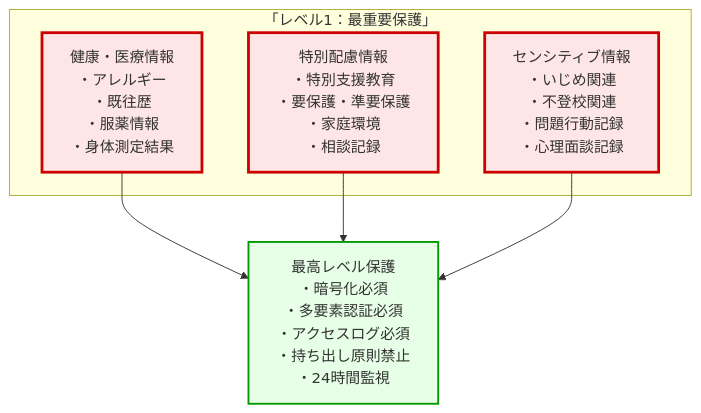
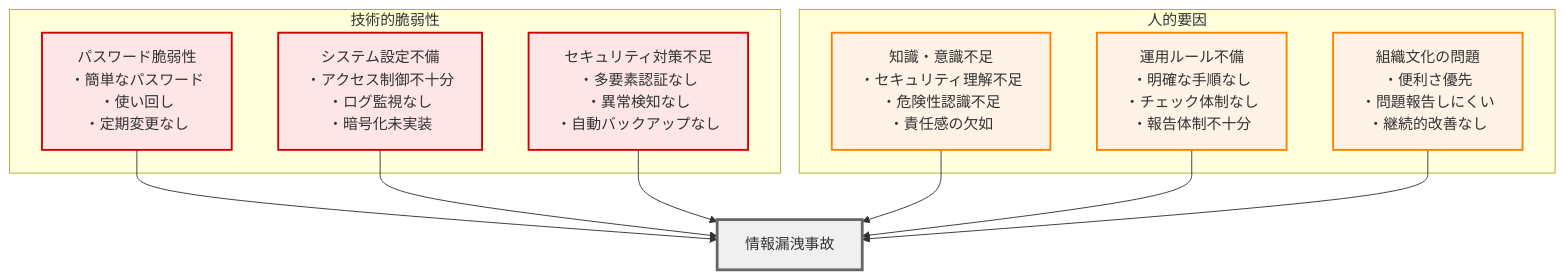
The first of 3 diagrams in books/d87165478af519/chapter12.md (nahisaho/zenn-writing-collection), drawn with Mermaid before and after one commit. The commit also changed other lines of this file and 17 other files, not shown here.

````diff
--- a/books/d87165478af519/chapter12.md
+++ b/books/d87165478af519/chapter12.md
@@ -59,18 +319,29 @@
 ```mermaid
 graph TB
-    subgraph 最重要保護情報[「レベル1：最重要保護」]
-        L1A[健康・医療情報<br/>・アレルギー<br/>・既往歴<br/>・服薬情報<br/>・身体測定結果]
-        L1B[特別配慮情報<br/>・特別支援教育<br/>・要保護・準要保護<br/>・家庭環境<br/>・相談記録]
-        L1C[センシティブ情報<br/>・いじめ関連<br/>・不登校関連<br/>・問題行動記録<br/>・心理面談記録]
+    subgraph 技術的脆弱性
+        T1[パスワード脆弱性<br/>・簡単なパスワード<br/>・使い回し<br/>・定期変更なし]
+        T2[システム設定不備<br/>・アクセス制御不十分<br/>・ログ監視なし<br/>・暗号化未実装]
+        T3[セキュリティ対策不足<br/>・多要素認証なし<br/>・異常検知なし<br/>・自動バックアップなし]
     end
-
-    L1A --> P1[最高レベル保護<br/>・暗号化必須<br/>・多要素認証必須<br/>・アクセスログ必須<br/>・持ち出し原則禁止<br/>・24時間監視]
-    L1B --> P1
-    L1C --> P1
-
-    classDef level1 fill:#ffe6e6,stroke:#cc0000,stroke-width:3px
-    classDef protection fill:#e6ffe6,stroke:#009900,stroke-width:2px
-
-    class L1A,L1B,L1C level1
-    class P1 protection
+    
+    subgraph 人的要因
+        H1[知識・意識不足<br/>・セキュリティ理解不足<br/>・危険性認識不足<br/>・責任感の欠如]
+        H2[運用ルール不備<br/>・明確な手順なし<br/>・チェック体制なし<br/>・報告体制不十分]
+        H3[組織文化の問題<br/>・便利さ優先<br/>・問題報告しにくい<br/>・継続的改善なし]
+    end
+    
+    T1 --> L[情報漏洩事故]
+    T2 --> L
+    T3 --> L
+    H1 --> L
+    H2 --> L
+    H3 --> L
+    
+    classDef technical fill:#ffe6e6,stroke:#cc0000,stroke-width:2px
+    classDef human fill:#fff2e6,stroke:#ff8000,stroke-width:2px
+    classDef leak fill:#f0f0f0,stroke:#666666,stroke-width:3px
+    
+    class T1,T2,T3 technical
+    class H1,H2,H3 human
+    class L leak
 ```
````
